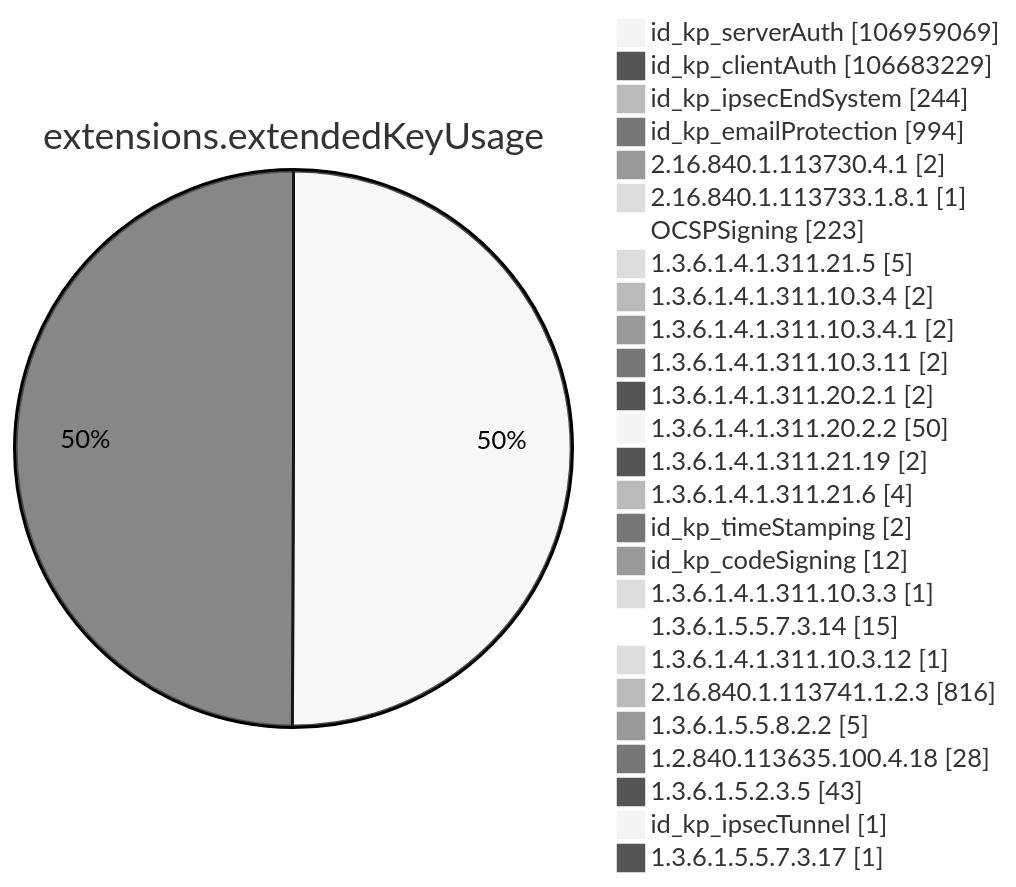
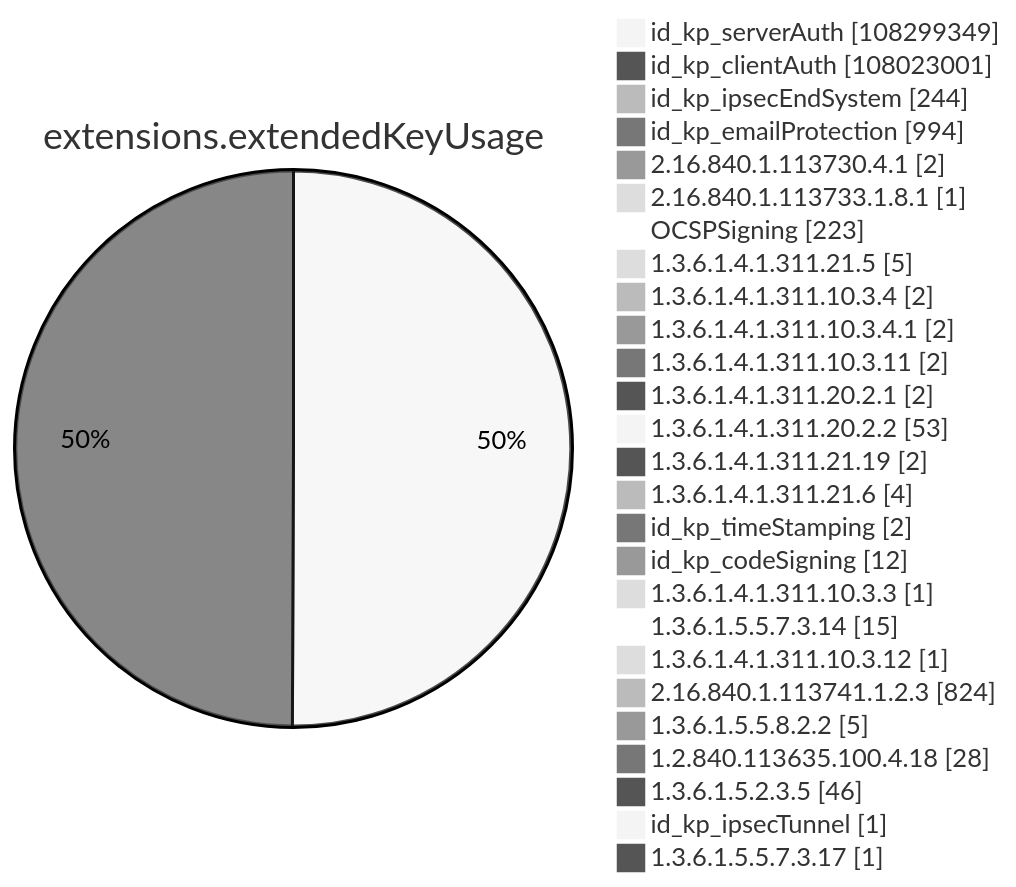
Diagram 11 of 15 in xenon2023/README.md (christiankrug/ctmonitor_visualization), drawn with Mermaid (neutral theme) before and after one commit. The commit also changed other lines of this file, not shown here.

````diff
--- a/xenon2023/README.md
+++ b/xenon2023/README.md
@@ -2636,30 +2645,30 @@
 ```mermaid
 pie showData
 title extensions.extendedKeyUsage
-"id_kp_serverAuth" :106959069
-"id_kp_clientAuth" :106683229
+"id_kp_serverAuth" :108299349
+"id_kp_clientAuth" :108023001
 "id_kp_ipsecEndSystem" :244
 "id_kp_emailProtection" :994
 "2.16.840.1.113730.4.1" :2
 "2.16.840.1.113733.1.8.1" :1
 "OCSPSigning" :223
 "1.3.6.1.4.1.311.21.5" :5
 "1.3.6.1.4.1.311.10.3.4" :2
 "1.3.6.1.4.1.311.10.3.4.1" :2
 "1.3.6.1.4.1.311.10.3.11" :2
 "1.3.6.1.4.1.311.20.2.1" :2
-"1.3.6.1.4.1.311.20.2.2" :50
+"1.3.6.1.4.1.311.20.2.2" :53
 "1.3.6.1.4.1.311.21.19" :2
 "1.3.6.1.4.1.311.21.6" :4
 "id_kp_timeStamping" :2
 "id_kp_codeSigning" :12
 "1.3.6.1.4.1.311.10.3.3" :1
 "1.3.6.1.5.5.7.3.14" :15
 "1.3.6.1.4.1.311.10.3.12" :1
-"2.16.840.1.113741.1.2.3" :816
+"2.16.840.1.113741.1.2.3" :824
 "1.3.6.1.5.5.8.2.2" :5
 "1.2.840.113635.100.4.18" :28
-"1.3.6.1.5.2.3.5" :43
+"1.3.6.1.5.2.3.5" :46
 "id_kp_ipsecTunnel" :1
 "1.3.6.1.5.5.7.3.17" :1
 ```
````
